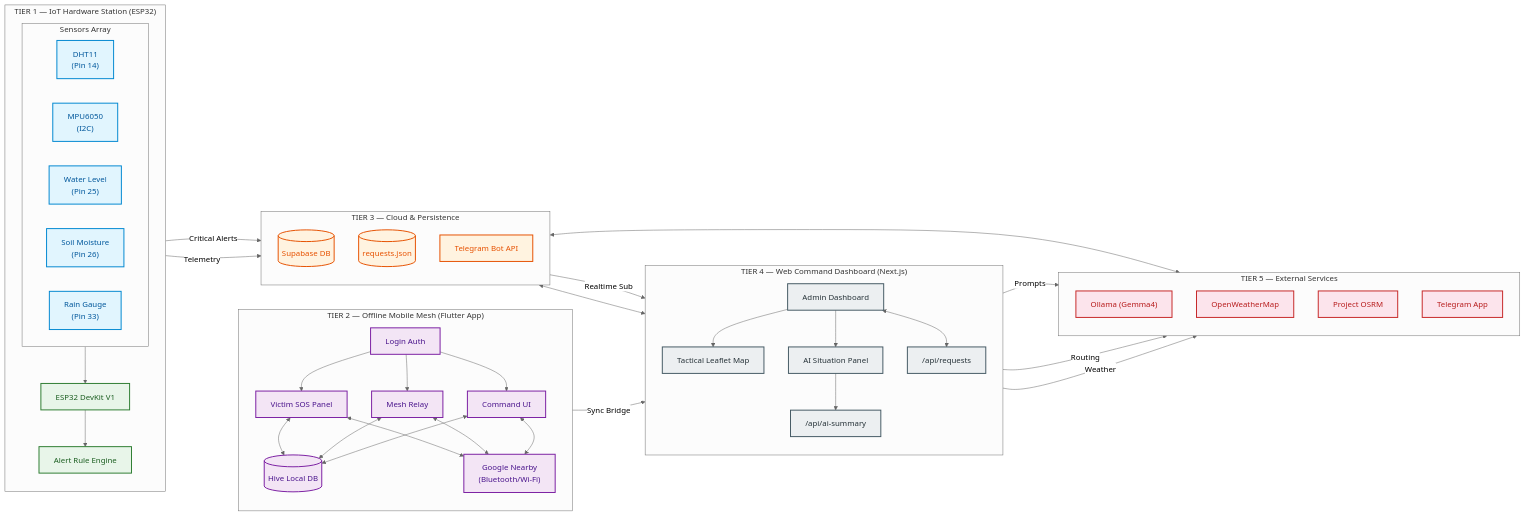
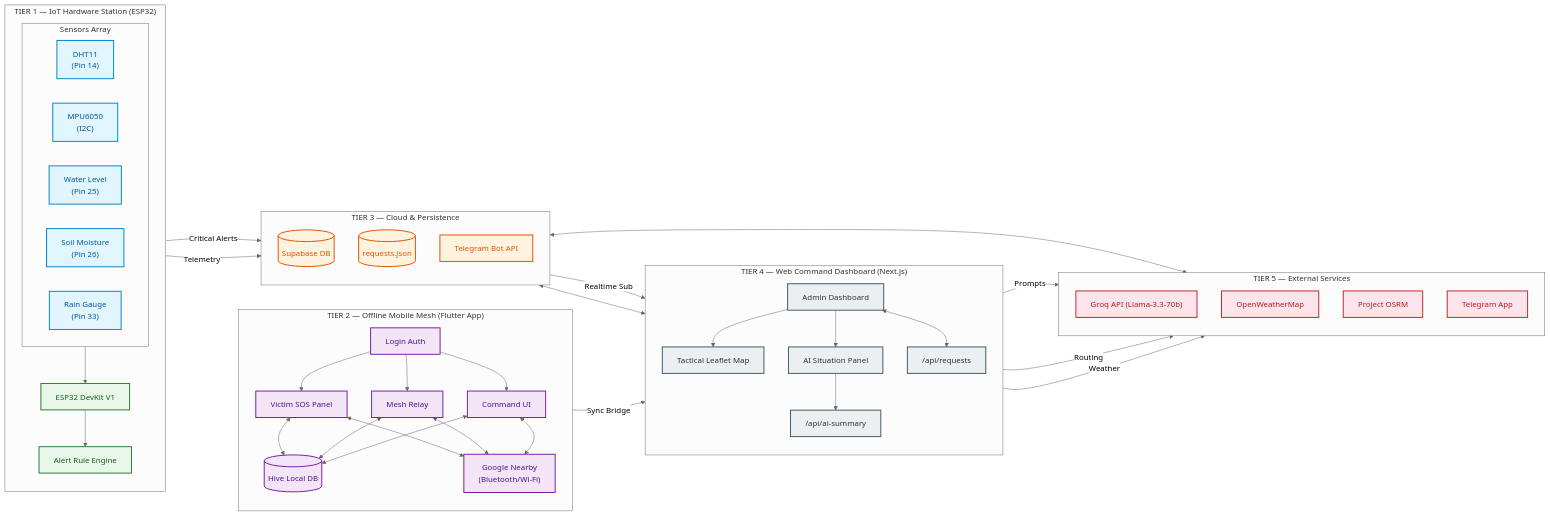
Before and after one commit to Riddhisingh10/resqlink-cit: the first of 4 diagrams in SYSTEM_ARCHITECTURE.md, drawn with Mermaid (neutral theme). The commit also changed other lines of this file and 4 other files, not shown here.

````diff
--- a/SYSTEM_ARCHITECTURE.md
+++ b/SYSTEM_ARCHITECTURE.md
@@ -10,81 +10,81 @@
 ```mermaid
 flowchart LR
     classDef hw fill:#e1f5fe,stroke:#0288d1,stroke-width:2px,color:#01579b
     classDef fw fill:#e8f5e9,stroke:#2e7d32,stroke-width:2px,color:#1b5e20
     classDef mob fill:#f3e5f5,stroke:#7b1fa2,stroke-width:2px,color:#4a148c
     classDef db fill:#fff3e0,stroke:#e65100,stroke-width:2px,color:#e65100
     classDef web fill:#eceff1,stroke:#455a64,stroke-width:2px,color:#263238
     classDef ext fill:#fce4ec,stroke:#c62828,stroke-width:2px,color:#b71c1c
 
     subgraph HW ["TIER 1 — IoT Hardware Station (ESP32)"]
         direction TB
         subgraph Sensors ["Sensors Array"]
             DHT11["DHT11<br/>(Pin 14)"]:::hw
             MPU6050["MPU6050<br/>(I2C)"]:::hw
             WATER["Water Level<br/>(Pin 25)"]:::hw
             SOIL["Soil Moisture<br/>(Pin 26)"]:::hw
             RAIN["Rain Gauge<br/>(Pin 33)"]:::hw
         end
         ESP32["ESP32 DevKit V1"]:::fw
         ENGINE["Alert Rule Engine"]:::fw
         Sensors --> ESP32
         ESP32 --> ENGINE
     end
 
     subgraph MOBILE ["TIER 2 — Offline Mobile Mesh (Flutter App)"]
         direction TB
         LOGIN_M["Login Auth"]:::mob
         VICTIM["Victim SOS Panel"]:::mob
         RELAY["Mesh Relay"]:::mob
         COMMAND_M["Command UI"]:::mob
         HIVE[("Hive Local DB")]:::mob
         NEARBY["Google Nearby<br/>(Bluetooth/Wi-Fi)"]:::mob
         LOGIN_M --> VICTIM & RELAY & COMMAND_M
         VICTIM <--> HIVE
         RELAY <--> HIVE
         COMMAND_M <--> HIVE
         VICTIM & RELAY & COMMAND_M <--> NEARBY
     end
 
     subgraph CLOUD ["TIER 3 — Cloud & Persistence"]
         direction TB
         SUPA_DB[("Supabase DB")]:::db
         JSON_DB[("requests.json")]:::db
         TELE_API["Telegram Bot API"]:::db
     end
 
     subgraph WEB ["TIER 4 — Web Command Dashboard (Next.js)"]
         direction TB
         DASH["Admin Dashboard"]:::web
         MAP_W["Tactical Leaflet Map"]:::web
         AI_PANEL["AI Situation Panel"]:::web
         API_REQ["/api/requests"]:::web
         API_AI["/api/ai-summary"]:::web
         DASH --> MAP_W & AI_PANEL
         DASH <--> API_REQ
         AI_PANEL --> API_AI
     end
 
     subgraph EXT ["TIER 5 — External Services"]
         direction TB
-        OLLAMA["Ollama (Gemma4)"]:::ext
+        GROQ["Groq API (Llama-3.3-70b)"]:::ext
         OWM["OpenWeatherMap"]:::ext
         OSRM["Project OSRM"]:::ext
         TELE_APP["Telegram App"]:::ext
     end
 
     %% Cross-Tier Connections (Structured to prevent clutter)
     ENGINE -->|Critical Alerts| TELE_API
     ENGINE -->|Telemetry| SUPA_DB
     
     HIVE -->|Sync Bridge| API_REQ
     
     SUPA_DB -->|Realtime Sub| DASH
     JSON_DB <--> API_REQ
     
-    API_AI -->|Prompts| OLLAMA
+    API_AI -->|Prompts| GROQ
     MAP_W -->|Routing| OSRM
     DASH -->|Weather| OWM
     
     TELE_API <--> TELE_APP
 ```
````
